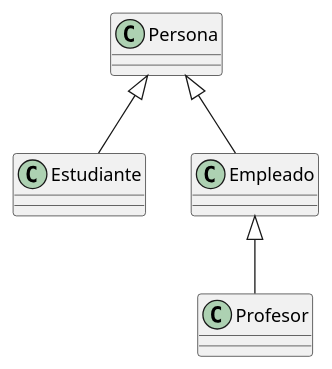
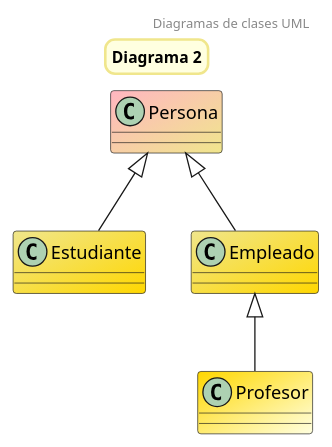
One commit to MagiaGatuna/IS-PRACTICAS changed the diagram in docs/diagrams/ClassDiagrams/Diagrama2.plantuml. Above: the diagram before and after it, drawn with PlantUML. The commit also changed 2 other files, not shown here.

Commit message:
colores plantuml

```diff
--- a/docs/diagrams/ClassDiagrams/Diagrama2.plantuml
+++ b/docs/diagrams/ClassDiagrams/Diagrama2.plantuml
@@ -1,10 +1,25 @@
 @startuml Diagrama2
 ' 2. Los estudiantes, los profesores y los empleados son personas
-    class Estudiante {}
-    class Profesor {}
-    class Empleado {}
+    skinparam Title{
+        BorderRoundCorner 15
+        BorderThickness 2
+        fontsize 12
+        BorderColor Khaki
+        BackgroundColor lightYellow
+        TitleFontColor DarkSlateGray
+    }
+
+    header 
+        Diagramas de clases UML
+    endheader
+
+Title Diagrama 2
+    class Persona #lightPink/Khaki{ }    
+    class Estudiante #Khaki/gold{}
+    class Profesor #Gold/LightYellow {}
+    class Empleado #Khaki/gold{}
 
     Persona <|-- Estudiante
     Persona <|-- Empleado
     Empleado <|-- Profesor
 @enduml
```
